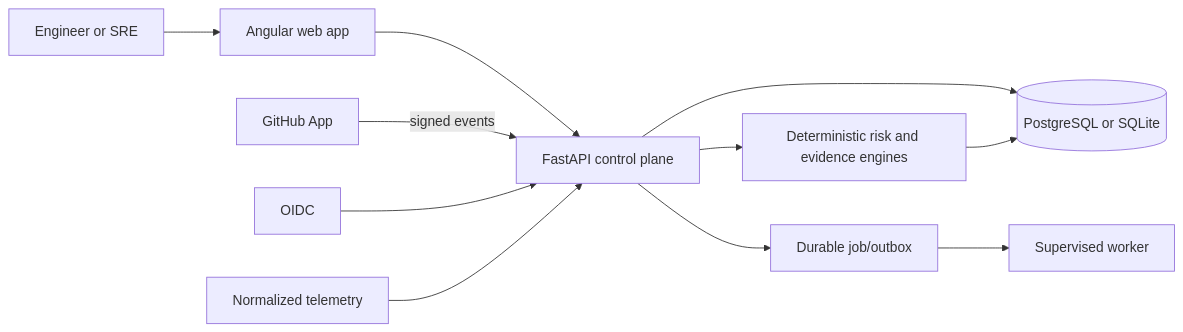
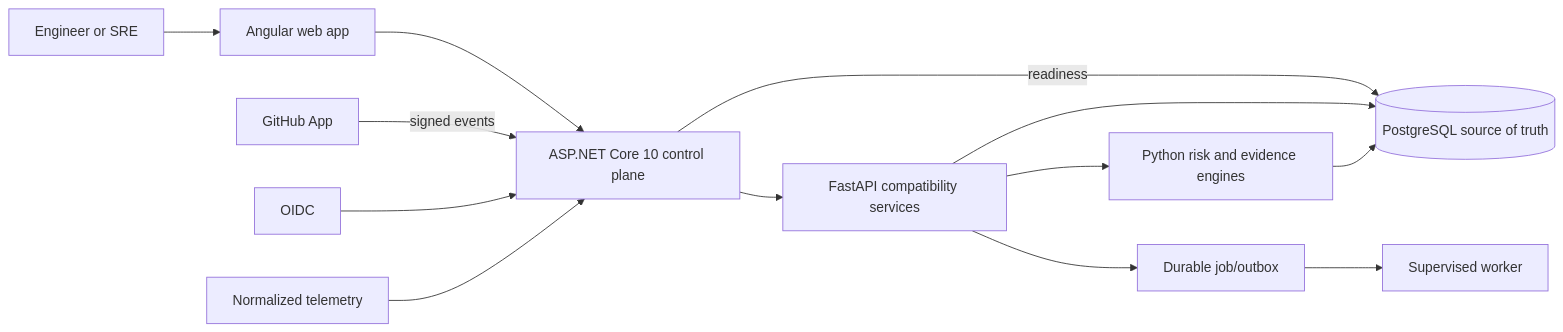
Before and after one commit to kingggg5/deployguardai: the second of 2 diagrams in README.md, drawn with Mermaid. The commit also changed other lines of this file and 97 other files, not shown here.

Commit message:
feat: ship keyless evidence receipts and .NET control plane

````diff
--- a/README.md
+++ b/README.md
@@ -99,13 +129,15 @@
 ```mermaid
 flowchart LR
     User["Engineer or SRE"] --> Web["Angular web app"]
-    Web --> API["FastAPI control plane"]
-    GitHub["GitHub App"] -->|"signed events"| API
-    OIDC["OIDC"] --> API
-    Telemetry["Normalized telemetry"] --> API
-    API --> Engines["Deterministic risk and evidence engines"]
-    API --> Jobs["Durable job/outbox"]
+    Web --> Edge["ASP.NET Core 10 control plane"]
+    GitHub["GitHub App"] -->|"signed events"| Edge
+    OIDC["OIDC"] --> Edge
+    Telemetry["Normalized telemetry"] --> Edge
+    Edge --> App["FastAPI compatibility services"]
+    App --> Engines["Python risk and evidence engines"]
+    App --> Jobs["Durable job/outbox"]
     Jobs --> Worker["Supervised worker"]
-    API --> DB[("PostgreSQL or SQLite")]
+    Edge -->|"readiness"| DB[("PostgreSQL source of truth")]
+    App --> DB
     Engines --> DB
 ```
````
